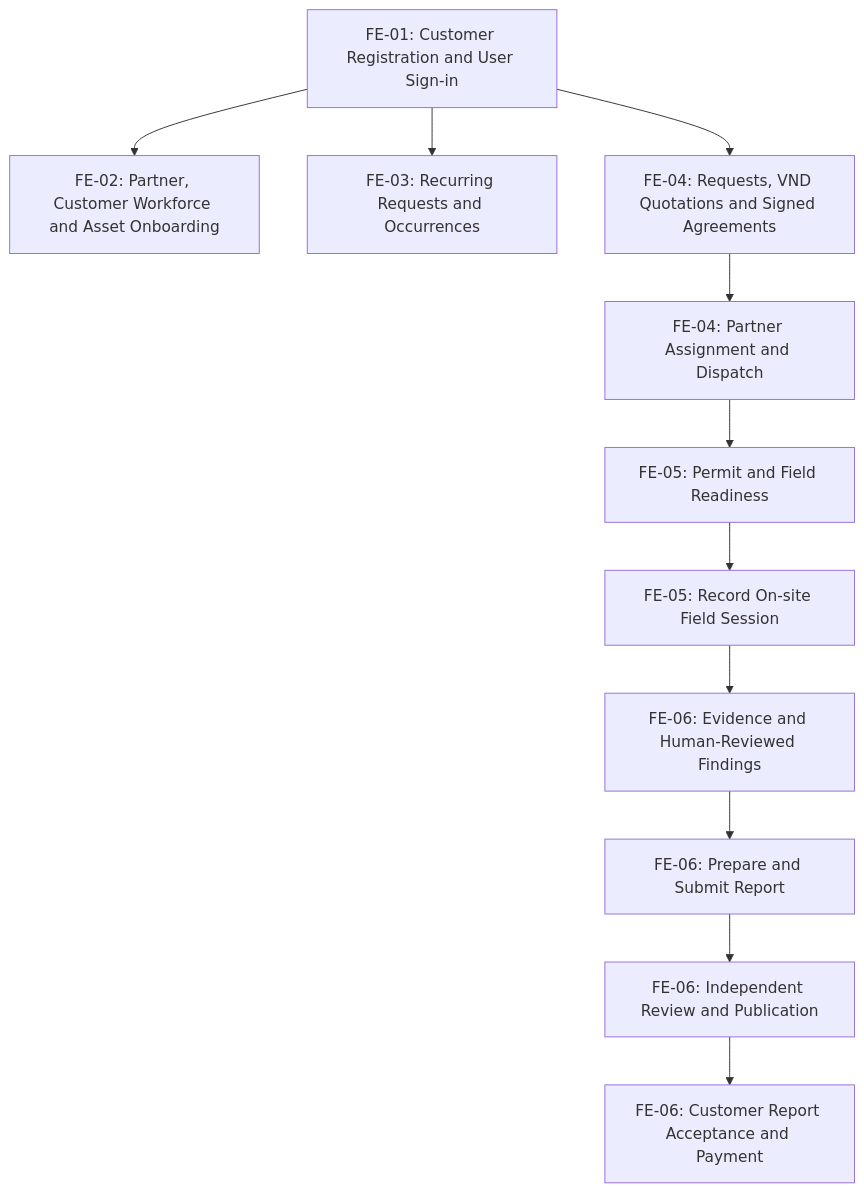
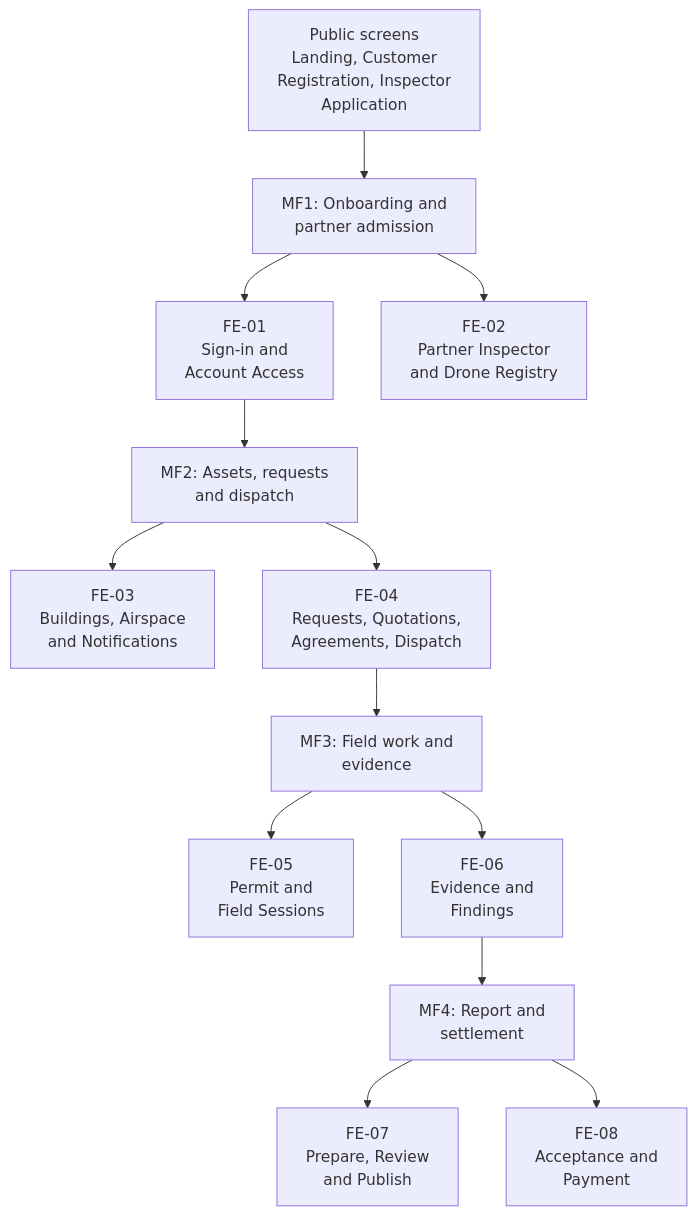
One commit to tungbach12/SmartDroneInspection-Docs changed the first of 2 diagrams in reports/report-3-software-requirement-specification/03-functional-requirements.md. Above: the diagram before and after it, drawn with Mermaid. The commit also changed other lines of this file and 375 other files, not shown here.

````diff
--- a/reports/report-3-software-requirement-specification/03-functional-requirements.md
+++ b/reports/report-3-software-requirement-specification/03-functional-requirements.md
@@ -16,14 +18,34 @@
 ```mermaid
 %% title: Business Screens Flow Diagram
 flowchart TD
-  SIGNIN["FE-01: Customer Registration and User Sign-in"] --> ONBOARD["FE-02: Partner, Customer Workforce and Asset Onboarding"]
-  SIGNIN --> REQUEST["FE-03: Recurring Requests and Occurrences"]
-  SIGNIN --> QUOTE["FE-04: Requests, VND Quotations and Signed Agreements"]
-  QUOTE --> DISPATCH["FE-04: Partner Assignment and Dispatch"]
-  DISPATCH --> PERMIT["FE-05: Permit and Field Readiness"]
-  PERMIT --> FIELD["FE-05: Record On-site Field Session"]
-  FIELD --> EVIDENCE["FE-06: Evidence and Human-Reviewed Findings"]
-  EVIDENCE --> PREPARE["FE-06: Prepare and Submit Report"]
-  PREPARE --> REVIEW["FE-06: Independent Review and Publication"]
-  REVIEW --> PAYMENT["FE-06: Customer Report Acceptance and Payment"]
+  PUB["Public screens<br/>Landing, Customer<br/>Registration, Inspector<br/>Application"]
+
+  MF1["MF1: Onboarding and<br/>partner admission"]
+  FE01["FE-01<br/>Sign-in and<br/>Account Access"]
+  FE02["FE-02<br/>Partner Inspector<br/>and Drone Registry"]
+
+  MF2["MF2: Assets, requests<br/>and dispatch"]
+  FE03["FE-03<br/>Buildings, Airspace<br/>and Notifications"]
+  FE04["FE-04<br/>Requests, Quotations,<br/>Agreements, Dispatch"]
+
+  MF3["MF3: Field work and<br/>evidence"]
+  FE05["FE-05<br/>Permit and<br/>Field Sessions"]
+  FE06["FE-06<br/>Evidence and<br/>Findings"]
+
+  MF4["MF4: Report and<br/>settlement"]
+  FE07["FE-07<br/>Prepare, Review<br/>and Publish"]
+  FE08["FE-08<br/>Acceptance and<br/>Payment"]
+
+  PUB --> MF1
+  MF1 --> FE01
+  MF1 --> FE02
+  FE01 --> MF2
+  MF2 --> FE03
+  MF2 --> FE04
+  FE04 --> MF3
+  MF3 --> FE05
+  MF3 --> FE06
+  FE06 --> MF4
+  MF4 --> FE07
+  MF4 --> FE08
 ```
````
